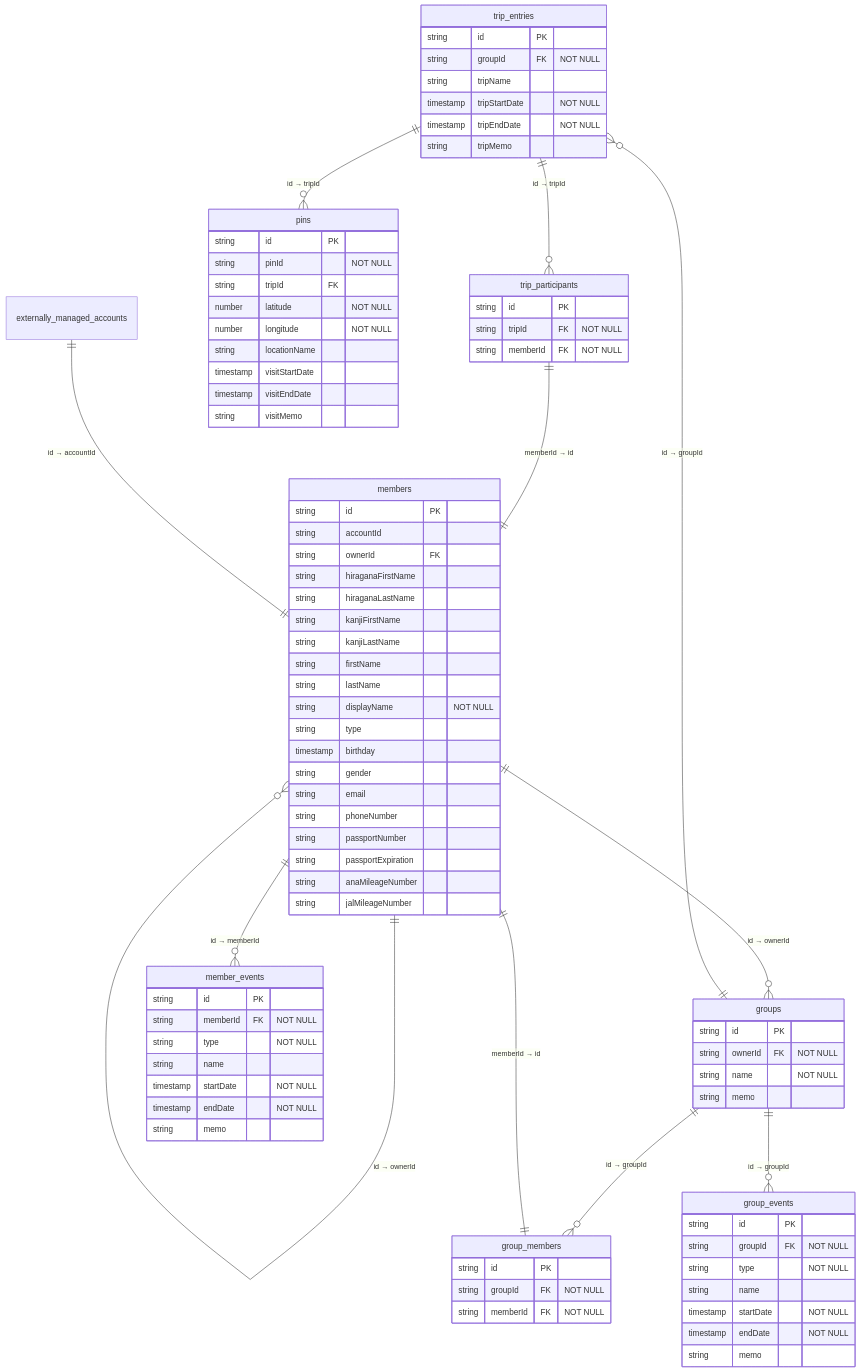
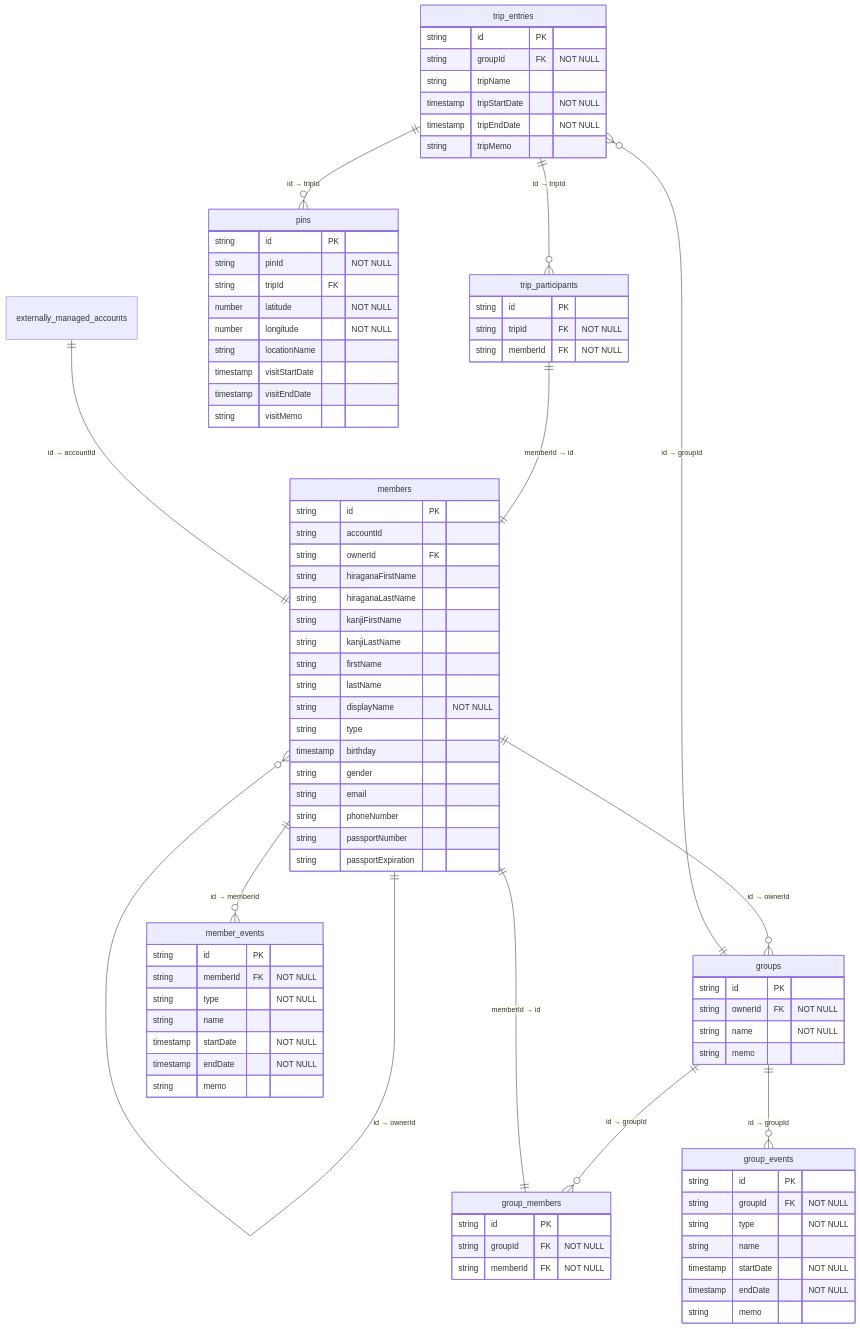
Before and after one commit to taka-016/memora: the diagram in docs/er_diagram.md, drawn with Mermaid. The commit also changed 10 other files, not shown here.

```diff
--- a/docs/er_diagram.md
+++ b/docs/er_diagram.md
@@ -64,8 +64,6 @@
         string phoneNumber
         string passportNumber
         string passportExpiration
-        string anaMileageNumber
-        string jalMileageNumber
     }
     member_events {
         string id PK
```
